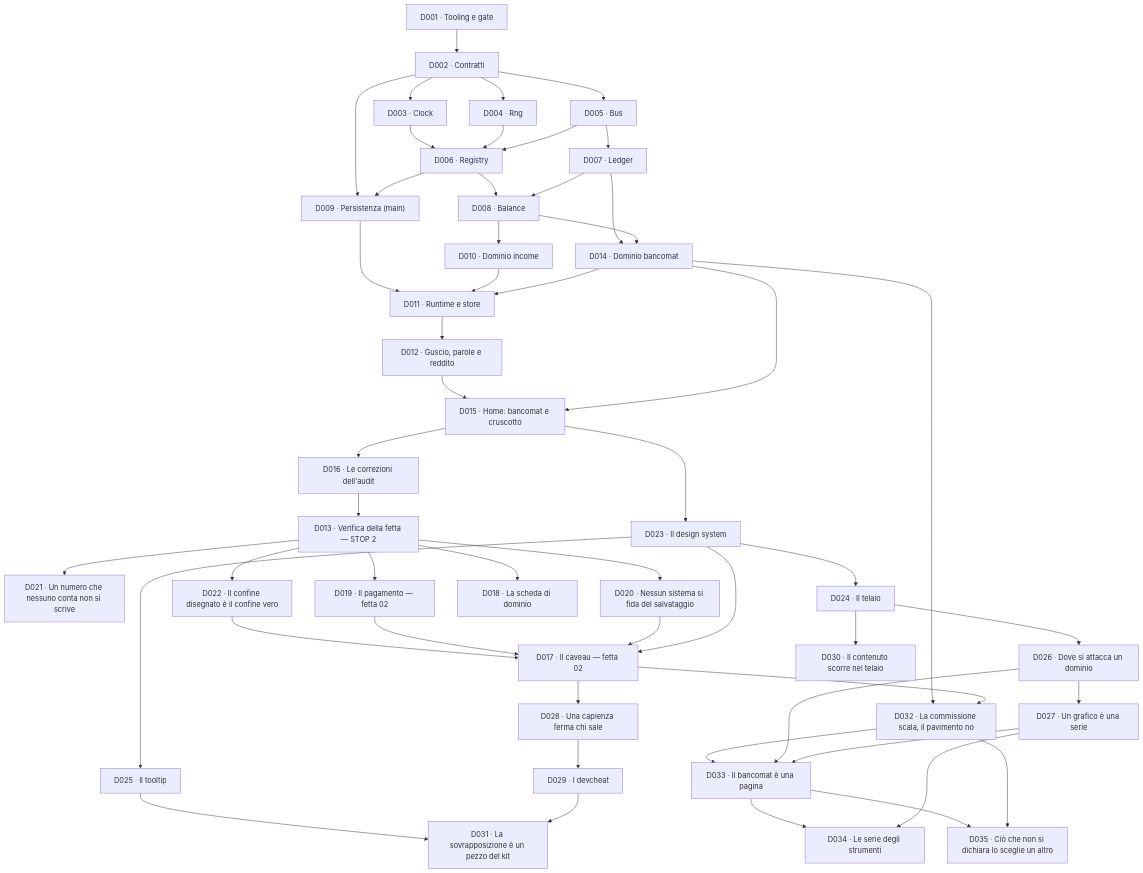
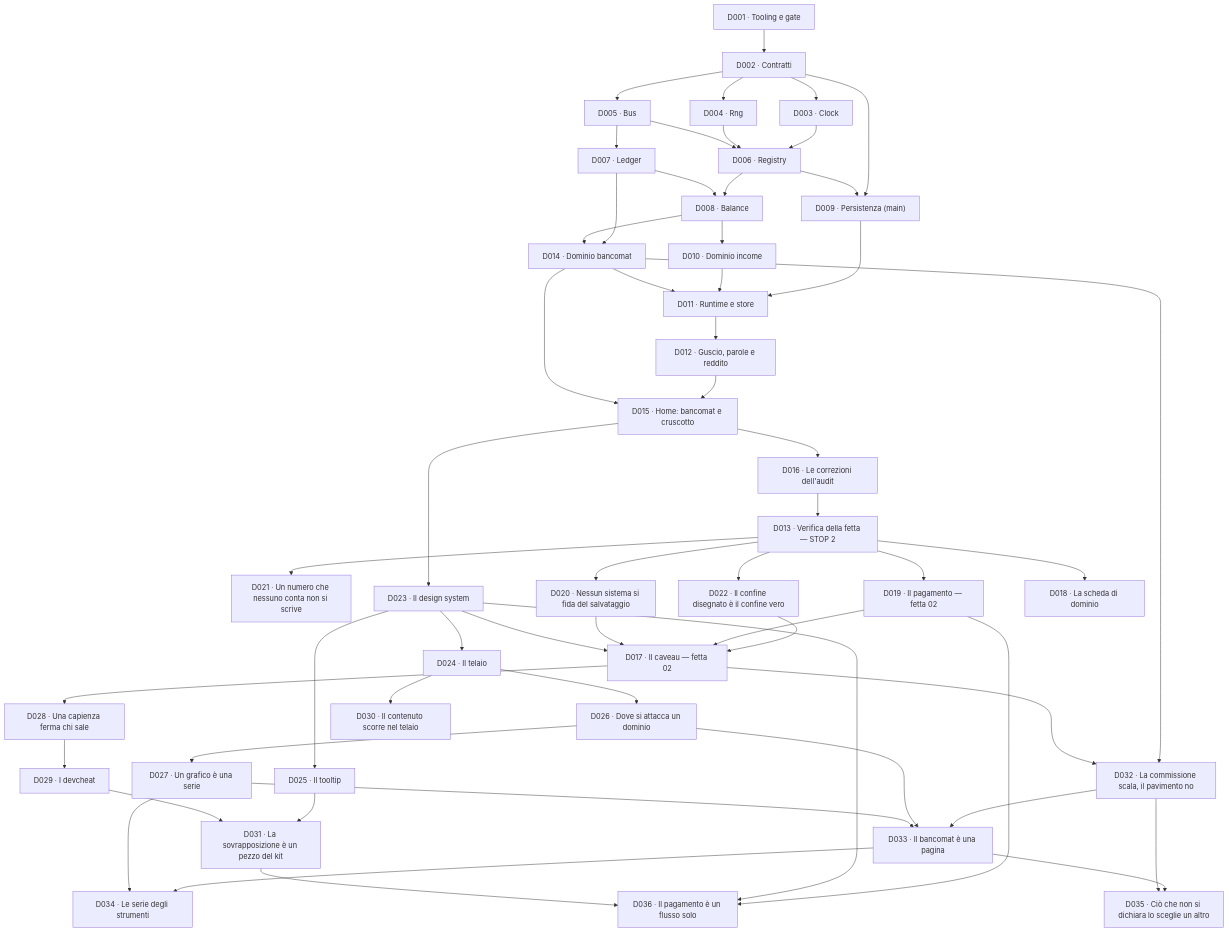
One commit to devfrx/solvent changed the diagram in docs/delega/README.md. Above: the diagram before and after it, drawn with Mermaid. The commit also changed other lines of this file and 5 other files, not shown here.

````diff
--- a/docs/delega/README.md
+++ b/docs/delega/README.md
@@ -74,54 +74,57 @@
 ```mermaid
 flowchart TD
   D001["D001 · Tooling e gate"] --> D002["D002 · Contratti"]
   D002 --> D003["D003 · Clock"]
   D002 --> D004["D004 · Rng"]
   D002 --> D005["D005 · Bus"]
   D003 --> D006["D006 · Registry"]
   D004 --> D006
   D005 --> D006
   D005 --> D007["D007 · Ledger"]
   D006 --> D008["D008 · Balance"]
   D007 --> D008
   D002 --> D009["D009 · Persistenza (main)"]
   D006 --> D009
   D008 --> D010["D010 · Dominio income"]
   D007 --> D014["D014 · Dominio bancomat"]
   D008 --> D014
   D009 --> D011["D011 · Runtime e store"]
   D010 --> D011
   D014 --> D011
   D011 --> D012["D012 · Guscio, parole e reddito"]
   D012 --> D015["D015 · Home: bancomat e cruscotto"]
   D014 --> D015
   D015 --> D016["D016 · Le correzioni dell'audit"]
   D016 --> D013["D013 · Verifica della fetta — STOP 2"]
   D013 --> D021["D021 · Un numero che nessuno conta non si scrive"]
   D013 --> D022["D022 · Il confine disegnato è il confine vero"]
   D022 --> D017
   D013 --> D019["D019 · Il pagamento — fetta 02"]
   D013 --> D020["D020 · Nessun sistema si fida del salvataggio"]
   D015 --> D023["D023 · Il design system"]
   D019 --> D017["D017 · Il caveau — fetta 02"]
   D020 --> D017
   D023 --> D017
   D013 --> D018["D018 · La scheda di dominio"]
   D023 --> D024["D024 · Il telaio"]
   D023 --> D025["D025 · Il tooltip"]
   D024 --> D026["D026 · Dove si attacca un dominio"]
   D026 --> D027["D027 · Un grafico è una serie"]
   D017 --> D028["D028 · Una capienza ferma chi sale"]
   D028 --> D029["D029 · I devcheat"]
   D024 --> D030["D030 · Il contenuto scorre nel telaio"]
   D025 --> D031["D031 · La sovrapposizione è un pezzo del kit"]
   D029 --> D031
   D014 --> D032["D032 · La commissione scala, il pavimento no"]
   D017 --> D032
   D032 --> D033["D033 · Il bancomat è una pagina"]
   D026 --> D033
   D027 --> D033
   D033 --> D034["D034 · Le serie degli strumenti"]
   D027 --> D034
   D033 --> D035["D035 · Ciò che non si dichiara lo sceglie un altro"]
   D032 --> D035
+  D019 --> D036["D036 · Il pagamento è un flusso solo"]
+  D023 --> D036
+  D031 --> D036
 ```
````
